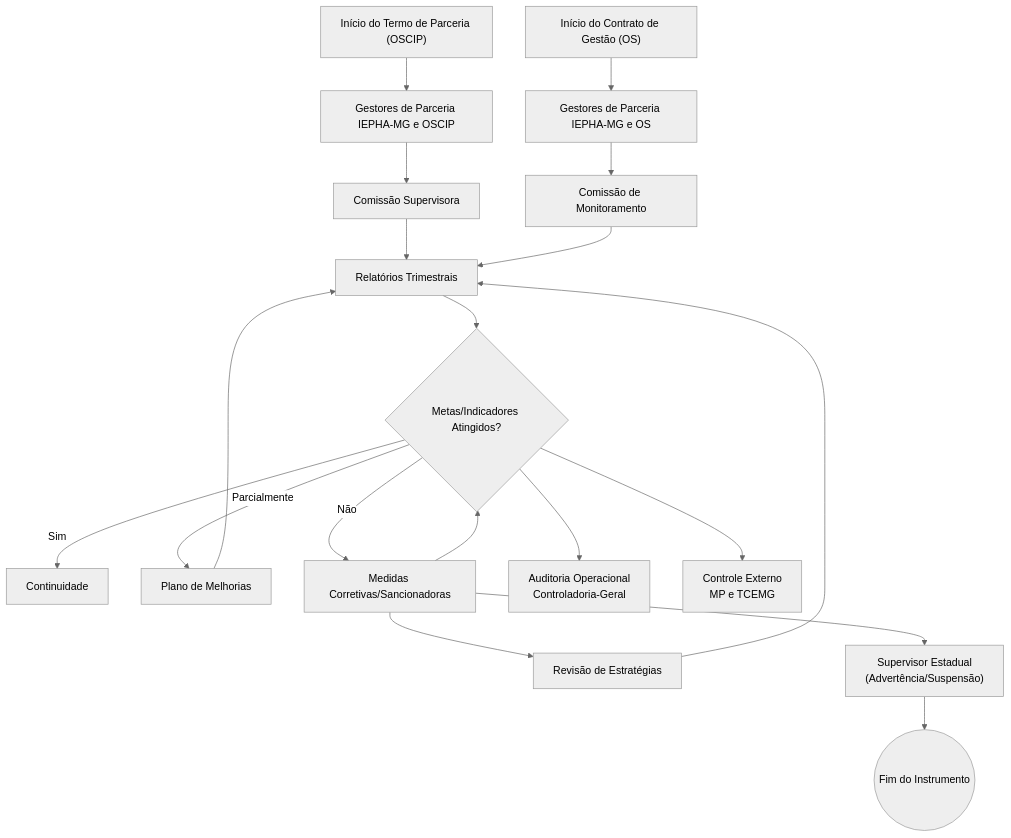
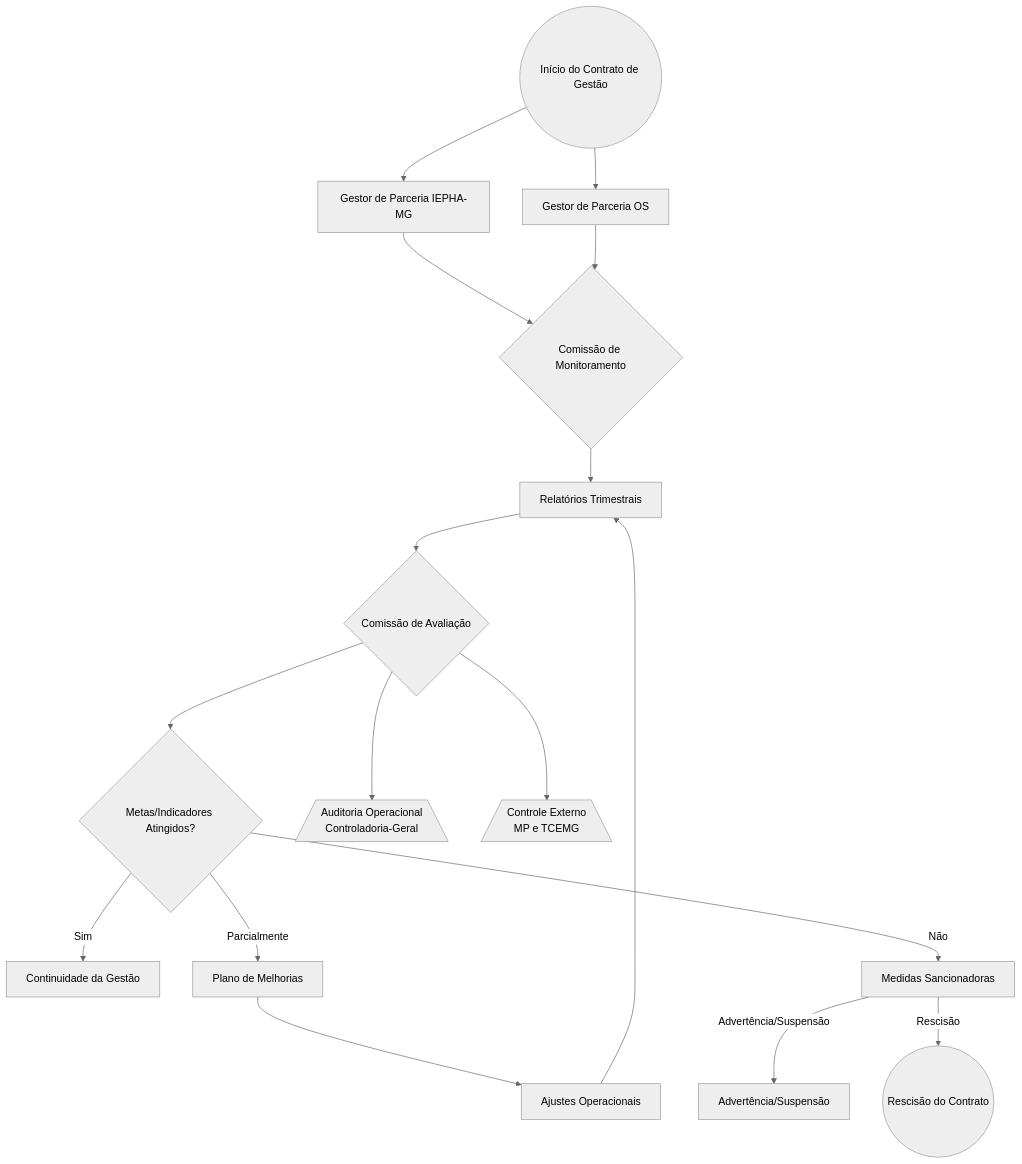
Before and after one commit to iepha-mg/manual.appi: the second of 2 diagrams in paginas/marcos_regulatorios/descentralizacao/README.md, drawn with Mermaid (neutral theme). The commit also changed other lines of this file, not shown here.

```diff
--- a/paginas/marcos_regulatorios/descentralizacao/README.md
+++ b/paginas/marcos_regulatorios/descentralizacao/README.md
@@ -99,31 +129,35 @@
 <div class="mermaid">
-flowchart TD
-    A_OSCIP@{ shape: rect, label: "Início do Termo de Parceria (OSCIP)" }
-    B_OSCIP@{ shape: rect, label: "Gestores de Parceria IEPHA-MG e OSCIP" }
-    C_OSCIP@{ shape: rect, label: "Comissão Supervisora" }
-    A_OS@{ shape: rect, label: "Início do Contrato de Gestão (OS)" }
-    B_OS@{ shape: rect, label: "Gestores de Parceria IEPHA-MG e OS" }
-    C_OS@{ shape: rect, label: "Comissão de Monitoramento" }
-    D_REPORT@{ shape: rect, label: "Relatórios Trimestrais" }
-    E_EVAL@{ shape: diamond, label: "Metas/Indicadores Atingidos?" }
-    F_CONT@{ shape: rect, label: "Continuidade" }
-    G_IMP@{ shape: rect, label: "Plano de Melhorias" }
-    H_CORR@{ shape: rect, label: "Medidas Corretivas/Sancionadoras" }
-    I_REV@{ shape: rect, label: "Revisão de Estratégias" }
-    J_SUP@{ shape: rect, label: "Supervisor Estadual\n(Advertência/Suspensão)" }
-    K_END@{ shape: circle, label: "Fim do Instrumento" }
-    L_AUD@{ shape: rect, label: "Auditoria Operacional\nControladoria-Geral" }
-    M_EXT@{ shape: rect, label: "Controle Externo\nMP e TCEMG" }
-    A_OSCIP --> B_OSCIP --> C_OSCIP --> D_REPORT
-    A_OS --> B_OS --> C_OS --> D_REPORT
-    D_REPORT --> E_EVAL
-    E_EVAL -- Sim --> F_CONT
-    E_EVAL -- Parcialmente --> G_IMP
-    E_EVAL -- Não --> H_CORR
-    G_IMP --> D_REPORT
-    H_CORR --> E_EVAL
-    H_CORR --> I_REV --> D_REPORT
-    H_CORR --> J_SUP --> K_END
-    E_EVAL --> L_AUD
-    E_EVAL --> M_EXT
+flowchart TB
+    %% Contrato de Gestão (OS)
+    OS_START@{ shape: circle, label: "Início do Contrato de Gestão" }
+    OS_GP_IEPHA@{ shape: rect, label: "Gestor de Parceria IEPHA-MG" }
+    OS_GP_OS@{ shape: rect, label: "Gestor de Parceria OS" }
+    OS_COM_MON@{ shape: diamond, label: "Comissão de Monitoramento" }
+    OS_REL@{ shape: rect, label: "Relatórios Trimestrais" }
+    OS_COM_AV@{ shape: diamond, label: "Comissão de Avaliação" }
+    OS_META@{ shape: diamond, label: "Metas/Indicadores Atingidos?" }
+    OS_CONT@{ shape: rect, label: "Continuidade da Gestão" }
+    OS_PLAN@{ shape: rect, label: "Plano de Melhorias" }
+    OS_SAN@{ shape: rect, label: "Medidas Sancionadoras" }
+    OS_ADJ@{ shape: rect, label: "Ajustes Operacionais" }
+    OS_SUS@{ shape: rect, label: "Advertência/Suspensão" }
+    OS_RES@{ shape: circle, label: "Rescisão do Contrato" }
+    OS_AUD@{ shape: trap-b, label: "Auditoria Operacional\nControladoria-Geral" }
+    OS_EXT@{ shape: trap-b, label: "Controle Externo\nMP e TCEMG" }
+    OS_START --> OS_GP_IEPHA
+    OS_START --> OS_GP_OS
+    OS_GP_IEPHA --> OS_COM_MON
+    OS_GP_OS --> OS_COM_MON
+    OS_COM_MON --> OS_REL
+    OS_REL --> OS_COM_AV
+    OS_COM_AV --> OS_META
+    OS_META -- Sim --> OS_CONT
+    OS_META -- Parcialmente --> OS_PLAN
+    OS_META -- Não --> OS_SAN
+    OS_PLAN --> OS_ADJ
+    OS_ADJ --> OS_REL
+    OS_SAN -- Advertência/Suspensão --> OS_SUS
+    OS_SAN -- Rescisão --> OS_RES
+    OS_COM_AV --> OS_AUD
+    OS_COM_AV --> OS_EXT
 </div>
```
